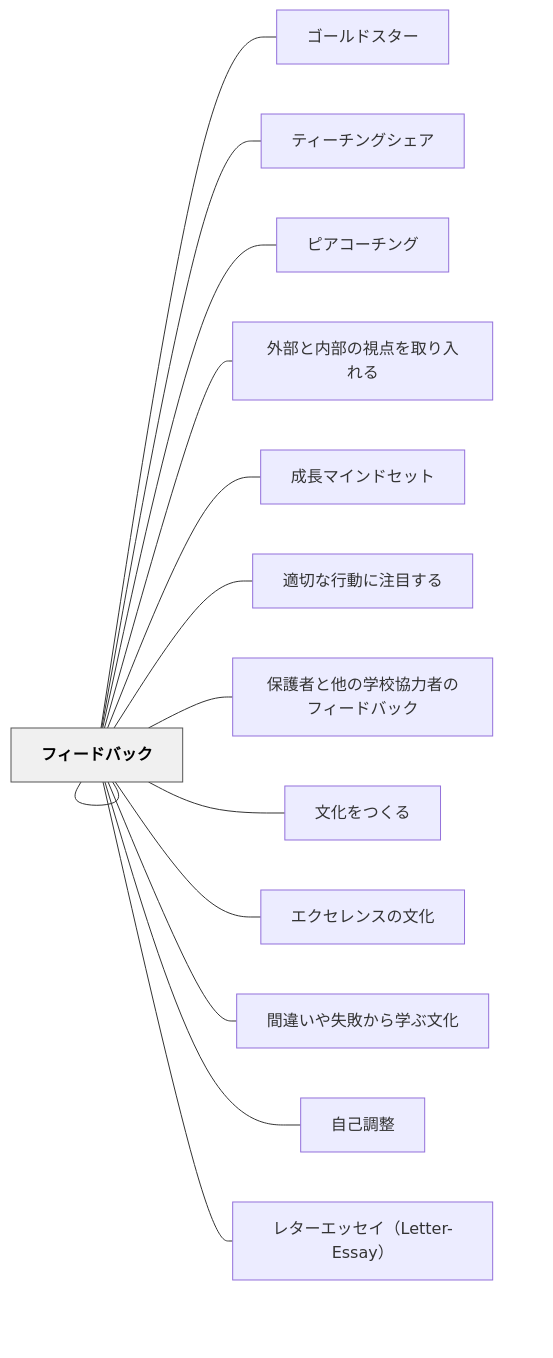
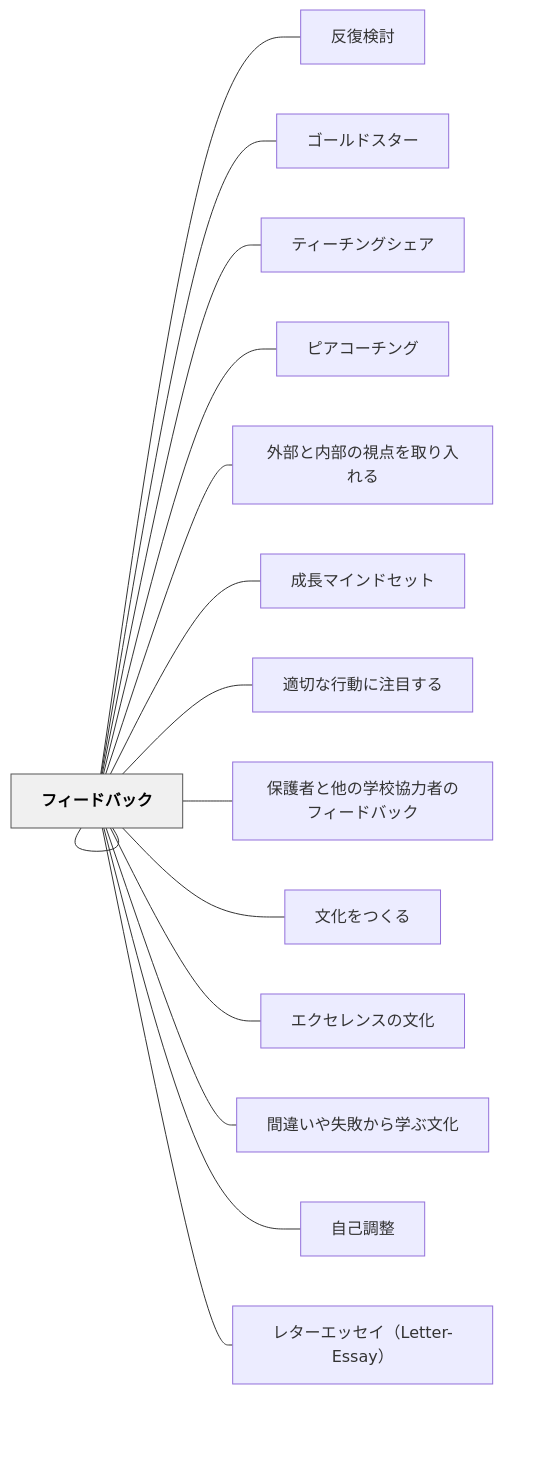
The diagram in content/パタン/フィードバック文化.md (unknownthings-ed-patterns/unknownthings-ed-patterns), drawn with Mermaid before and after one commit. The commit also changed other lines of this file and 47 other files, not shown here.

````diff
--- a/content/パタン/フィードバック文化.md
+++ b/content/パタン/フィードバック文化.md
@@ -65,34 +66,36 @@
 ```mermaid
 flowchart LR
     ne38395e382a3["フィードバック文化"]
+    ne58f8de5bea9["反復検討"]
     ne382b4e383bc["ゴールドスター"]
     ne38386e382a3["ティーチングシェア"]
     ne38394e382a2["ピアコーチング"]
     ne5a496e983a8["外部と内部の視点を取り入れる"]
     ne68890e995b7["成長マインドセット"]
     ne981a9e58887["適切な行動に注目する"]
     ne4bf9de8adb7["保護者と他の学校協力者のフィードバック"]
     ne69687e58c96["文化をつくる"]
     ne38395e382a3["フィードバック"]
     ne382a8e382af["エクセレンスの文化"]
     ne99693e98195["間違いや失敗から学ぶ文化"]
     ne887aae5b7b1["自己調整"]
     ne383ace382bf["レターエッセイ（Letter-Essay）"]
 
+    ne38395e382a3 --- ne58f8de5bea9
     ne38395e382a3 --- ne382b4e383bc
     ne38395e382a3 --- ne38386e382a3
     ne38395e382a3 --- ne38394e382a2
     ne38395e382a3 --- ne5a496e983a8
     ne38395e382a3 --- ne68890e995b7
     ne38395e382a3 --- ne981a9e58887
     ne38395e382a3 --- ne4bf9de8adb7
     ne38395e382a3 --- ne69687e58c96
     ne38395e382a3 --- ne38395e382a3
     ne38395e382a3 --- ne382a8e382af
     ne38395e382a3 --- ne99693e98195
     ne38395e382a3 --- ne887aae5b7b1
     ne38395e382a3 --- ne383ace382bf
 
     classDef hub fill:#f0f0f0,stroke:#555,color:#000,font-weight:bold
     class ne38395e382a3 hub
 ```
````
